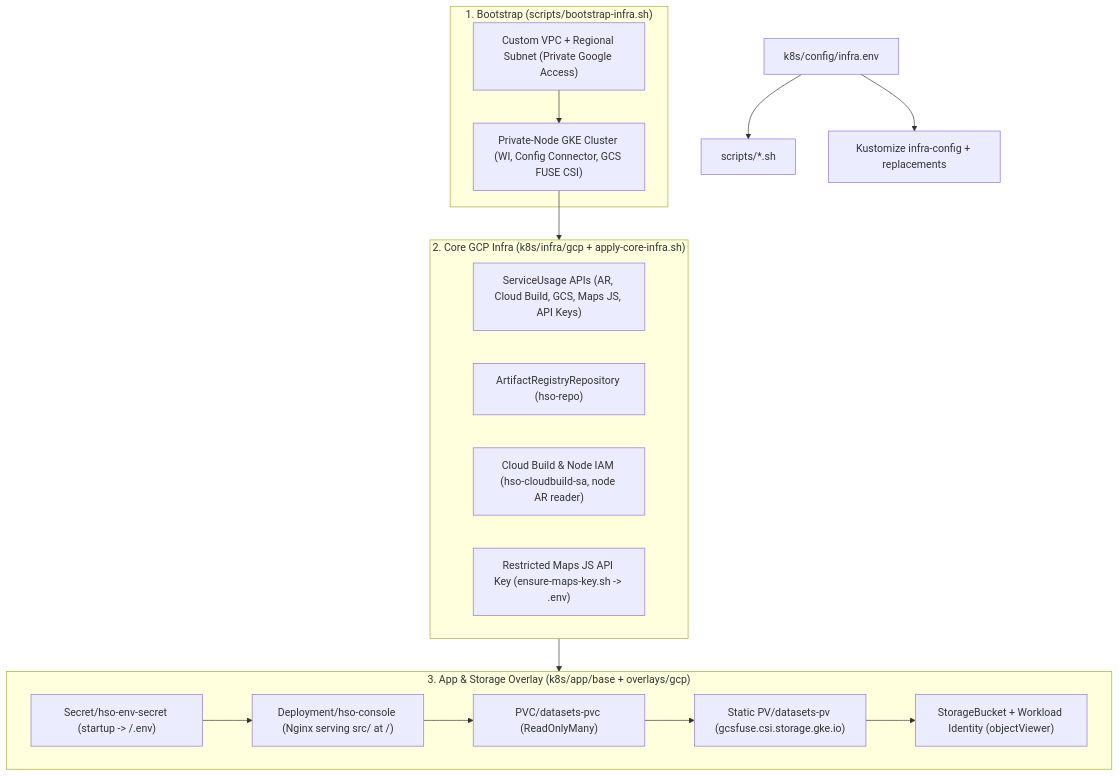
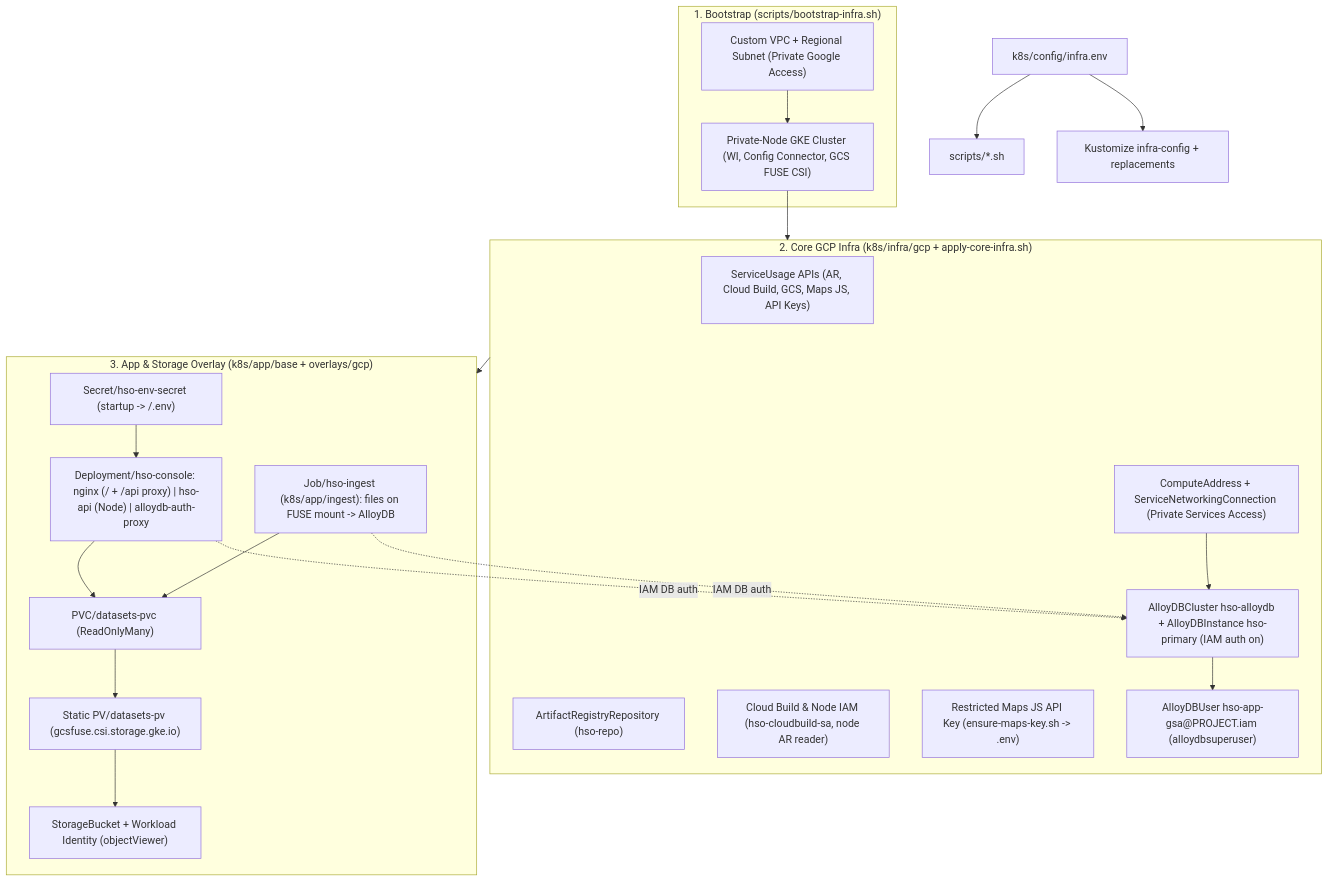
One commit to kareem613/gc-hso-hackathon changed the diagram in docs/architecture/infrastructure.md. Above: the diagram before and after it, drawn with Mermaid. The commit also changed other lines of this file and 37 other files, not shown here.

````diff
--- a/docs/architecture/infrastructure.md
+++ b/docs/architecture/infrastructure.md
@@ -11,30 +12,38 @@
 ```mermaid
 flowchart TD
   Env["k8s/config/infra.env"] --> Scripts["scripts/*.sh"]
   Env --> Kustomize["Kustomize infra-config + replacements"]
 
   subgraph Bootstrap["1. Bootstrap (scripts/bootstrap-infra.sh)"]
     VPC["Custom VPC + Regional Subnet (Private Google Access)"]
     GKE["Private-Node GKE Cluster (WI, Config Connector, GCS FUSE CSI)"]
     VPC --> GKE
   end
 
   subgraph CoreInfra["2. Core GCP Infra (k8s/infra/gcp + apply-core-infra.sh)"]
     APIs["ServiceUsage APIs (AR, Cloud Build, GCS, Maps JS, API Keys)"]
     AR["ArtifactRegistryRepository (hso-repo)"]
     CBSA["Cloud Build & Node IAM (hso-cloudbuild-sa, node AR reader)"]
     MapsKey["Restricted Maps JS API Key (ensure-maps-key.sh -> .env)"]
+    PSA["ComputeAddress + ServiceNetworkingConnection (Private Services Access)"]
+    ADB["AlloyDBCluster hso-alloydb + AlloyDBInstance hso-primary (IAM auth on)"]
+    ADBUser["AlloyDBUser hso-app-gsa@PROJECT.iam (alloydbsuperuser)"]
+    PSA --> ADB --> ADBUser
   end
 
   subgraph AppDeploy["3. App & Storage Overlay (k8s/app/base + overlays/gcp)"]
     Secret["Secret/hso-env-secret (startup -> /.env)"]
-    Pod["Deployment/hso-console (Nginx serving src/ at /)"]
+    Pod["Deployment/hso-console: nginx (/ + /api proxy) | hso-api (Node) | alloydb-auth-proxy"]
+    Ingest["Job/hso-ingest (k8s/app/ingest): files on FUSE mount -> AlloyDB"]
     PVC["PVC/datasets-pvc (ReadOnlyMany)"]
     PV["Static PV/datasets-pv (gcsfuse.csi.storage.gke.io)"]
     Bucket["StorageBucket + Workload Identity (objectViewer)"]
     Secret --> Pod
     Pod --> PVC --> PV --> Bucket
+    Pod -. IAM DB auth .-> ADB
+    Ingest --> PVC
+    Ingest -. IAM DB auth .-> ADB
   end
 
   GKE --> CoreInfra --> AppDeploy
 ```
````
